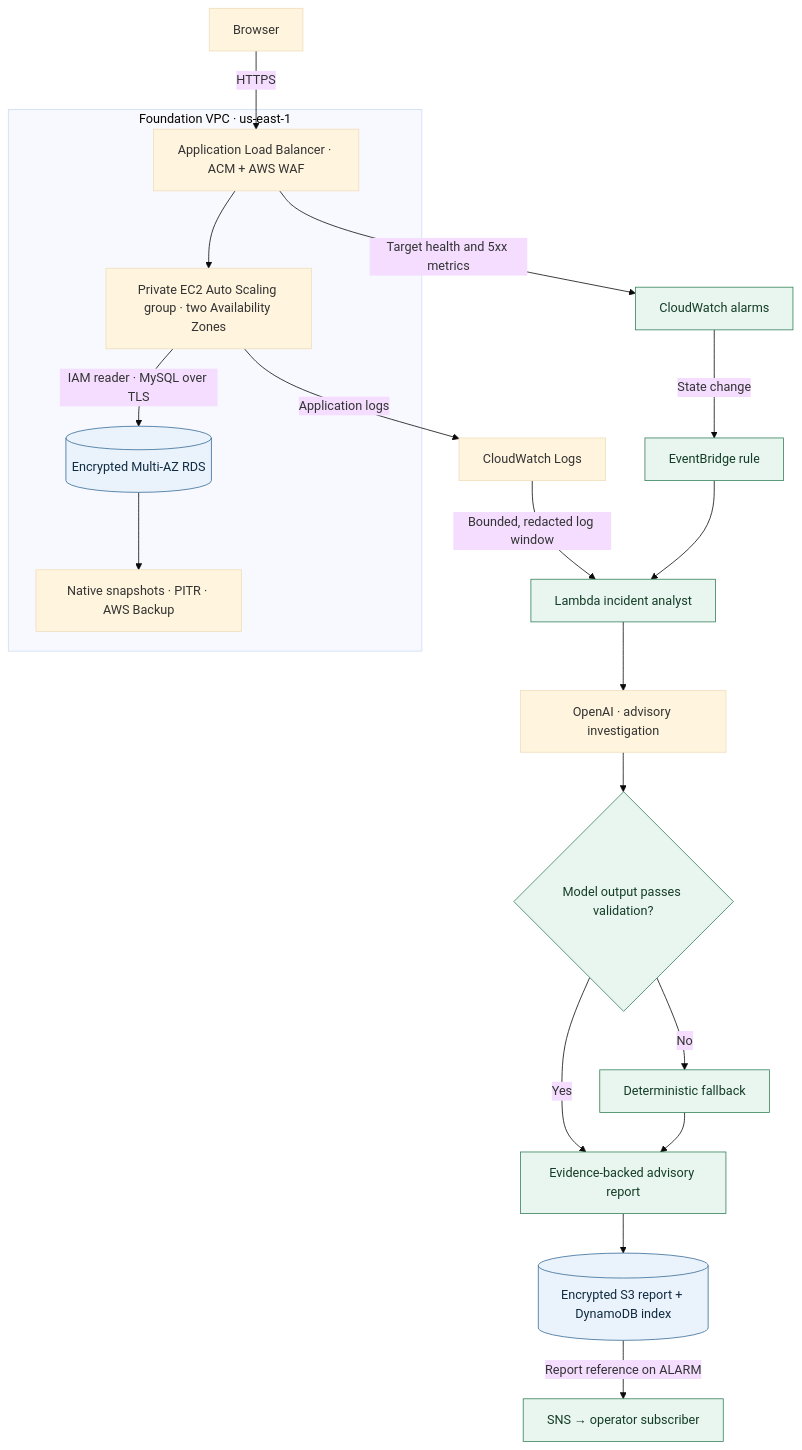
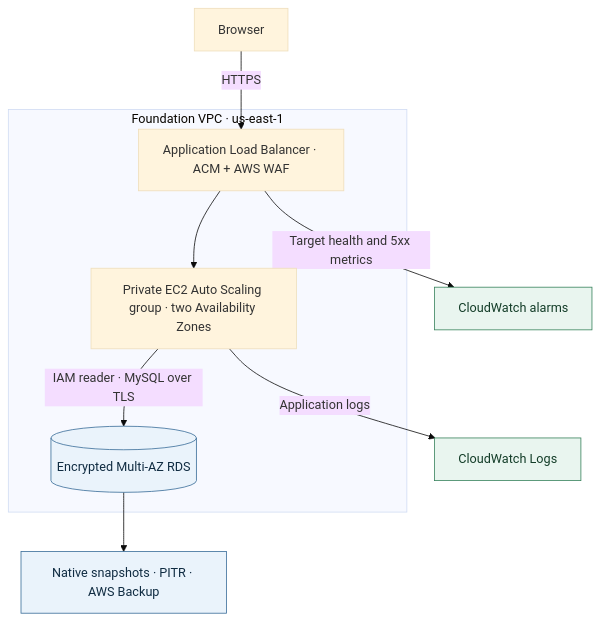
Before and after one commit to JNHolman/RSVP-Cloud-Platform: the diagram in project-1-cloud-foundation/README.md, drawn with Mermaid (base theme). The commit also changed other lines of this file and 5 other files, not shown here.

Commit message:
Present incident decisions and release evidence in the portfolio walkthroughs

````diff
--- a/project-1-cloud-foundation/README.md
+++ b/project-1-cloud-foundation/README.md
@@ -5,25 +5,15 @@
 ```mermaid
 flowchart TB
   client["Browser"] -->|HTTPS| edge["Application Load Balancer · ACM + AWS WAF"]
   subgraph vpc["Foundation VPC · us-east-1"]
     edge --> asg["Private EC2 Auto Scaling group · two Availability Zones"]
     asg -->|IAM reader · MySQL over TLS| db[("Encrypted Multi-AZ RDS")]
-    db --> backup["Native snapshots · PITR · AWS Backup"]
   end
+  db --> backup["Native snapshots · PITR · AWS Backup"]
   asg -->|Application logs| logs["CloudWatch Logs"]
   edge -->|Target health and 5xx metrics| alarm["CloudWatch alarms"]
-  alarm -->|State change| eb["EventBridge rule"]
-  eb --> fn["Lambda incident analyst"]
-  logs -->|Bounded, redacted log window| fn
-  fn --> model["OpenAI · advisory investigation"]
-  model --> ai{"Model output passes validation?"}
-  ai -->|Yes| report["Evidence-backed advisory report"]
-  ai -->|No| fallback["Deterministic fallback"]
-  fallback --> report
-  report --> store[("Encrypted S3 report + DynamoDB index")]
-  store -->|Report reference on ALARM| sns["SNS → operator subscriber"]
   classDef data fill:#eaf3fb,stroke:#376b98,color:#102c42
   classDef ops fill:#e9f5ef,stroke:#35815a,color:#133d28
-  class db,store data
-  class alarm,eb,fn,ai,report,fallback,sns ops
+  class db,backup data
+  class alarm,logs ops
 ```
````
